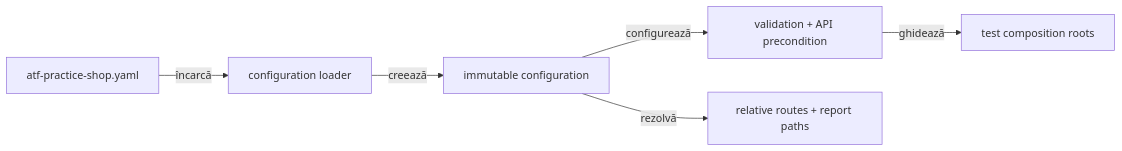
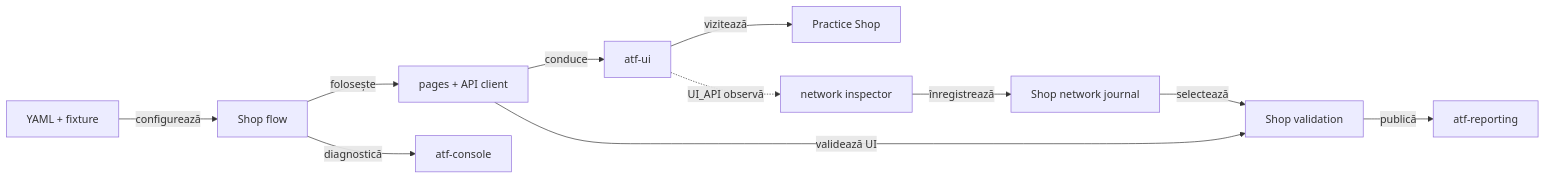
The diagram in atf-test-practice-shop/README.md (crististefanita/demo2), drawn with Mermaid before and after one commit. The commit also changed other lines of this file and 43 other files, not shown here.

Commit message:
Extend console reporting and live API contracts

````diff
--- a/atf-test-practice-shop/README.md
+++ b/atf-test-practice-shop/README.md
@@ -786,8 +10,13 @@
 ```mermaid
 flowchart LR
-    Yaml["atf-practice-shop.yaml"] -->|încarcă| Loader["configuration loader"]
-    Loader -->|creează| Snapshot["immutable configuration"]
-    Snapshot -->|configurează| Policy["validation + API precondition"]
-    Snapshot -->|rezolvă| Paths["relative routes + report paths"]
-    Policy -->|ghidează| Roots["test composition roots"]
+    Config["YAML + fixture"] -->|configurează| Journey["Shop flow"]
+    Journey -->|folosește| Screens["pages + API client"]
+    Screens -->|conduce| Browser["atf-ui"]
+    Browser -->|vizitează| Site["Practice Shop"]
+    Browser -.->|UI_API observă| Inspector["network inspector"]
+    Inspector -->|înregistrează| Journal["Shop network journal"]
+    Journal -->|selectează| Checkpoint["Shop validation"]
+    Screens -->|validează UI| Checkpoint
+    Checkpoint -->|publică| Reporting["atf-reporting"]
+    Journey -->|diagnostică| Console["atf-console"]
 ```
````
